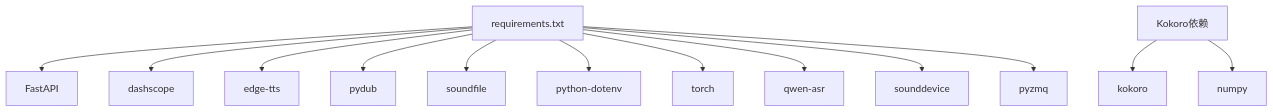
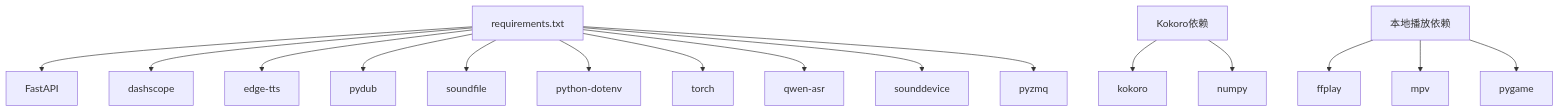
One commit to 1024dashen/Vue3Speech changed the tenth of 10 diagrams in .qoder/repowiki/zh/content/语音合成服务/语音合成服务.md. Above: the diagram before and after it, drawn with Mermaid. The commit also changed other lines of this file and 5 other files, not shown here.

````diff
--- a/.qoder/repowiki/zh/content/语音合成服务/语音合成服务.md
+++ b/.qoder/repowiki/zh/content/语音合成服务/语音合成服务.md
@@ -345,15 +392,18 @@
 ```mermaid
 graph TB
 R["requirements.txt"] --> F["FastAPI"]
 R --> D["dashscope"]
 R --> E["edge-tts"]
 R --> P["pydub"]
 R --> S["soundfile"]
 R --> V["python-dotenv"]
 R --> T["torch"]
 R --> Q["qwen-asr"]
 R --> SD["sounddevice"]
 R --> Z["pyzmq"]
 K["Kokoro依赖"] --> K1["kokoro"]
 K --> K2["numpy"]
+L["本地播放依赖"] --> L1["ffplay"]
+L --> L2["mpv"]
+L --> L3["pygame"]
 ```
````
